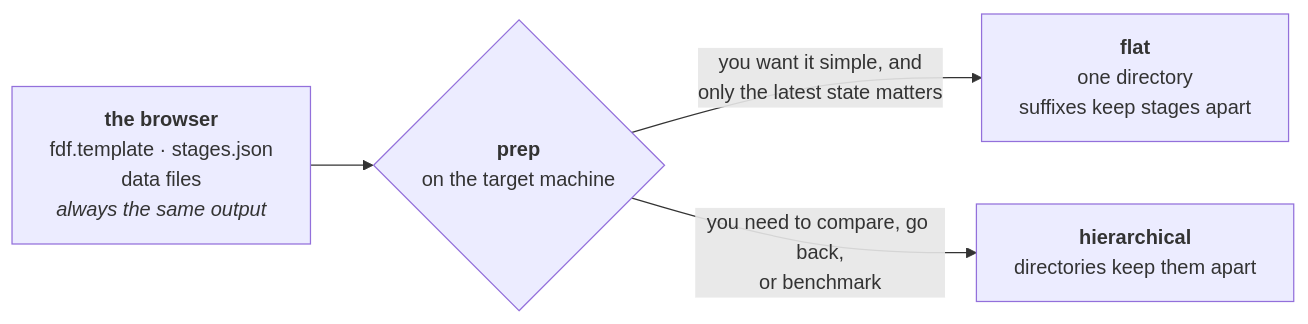
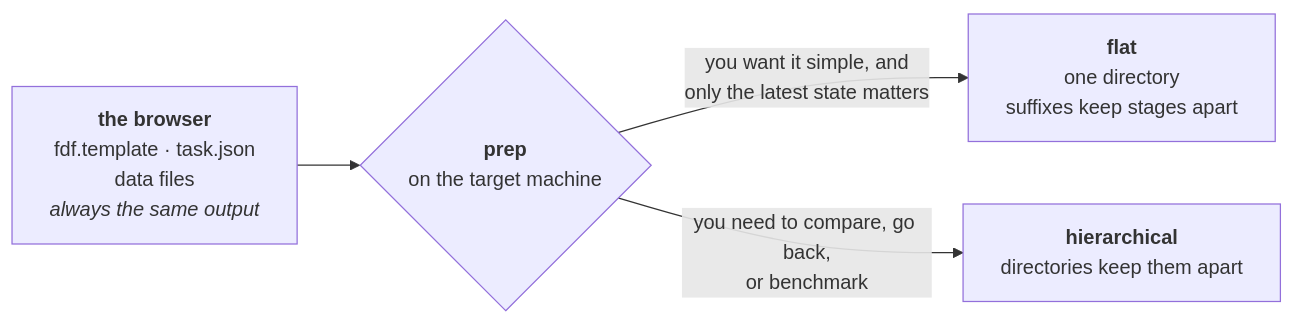
One commit to Qing-LAB/molbuilder changed the first of 9 diagrams in docs/execution/project-layout.md. Above: the diagram before and after it, drawn with Mermaid. The commit also changed other lines of this file and 12 other files, not shown here.

````diff
--- a/docs/execution/project-layout.md
+++ b/docs/execution/project-layout.md
@@ -59,10 +59,10 @@
 ```mermaid
 flowchart LR
-    UI["<b>the browser</b><br/>fdf.template · stages.json<br/>data files<br/><i>always the same output</i>"]
+    UI["<b>the browser</b><br/>fdf.template · task.json<br/>data files<br/><i>always the same output</i>"]
     P{"<b>prep</b><br/>on the target machine"}
     F["<b>flat</b><br/>one directory<br/>suffixes keep stages apart"]
     H["<b>hierarchical</b><br/>directories keep them apart"]
     UI --> P
     P -->|"you want it simple, and<br/>only the latest state matters"| F
     P -->|"you need to compare, go back,<br/>or benchmark"| H
 ```
````
